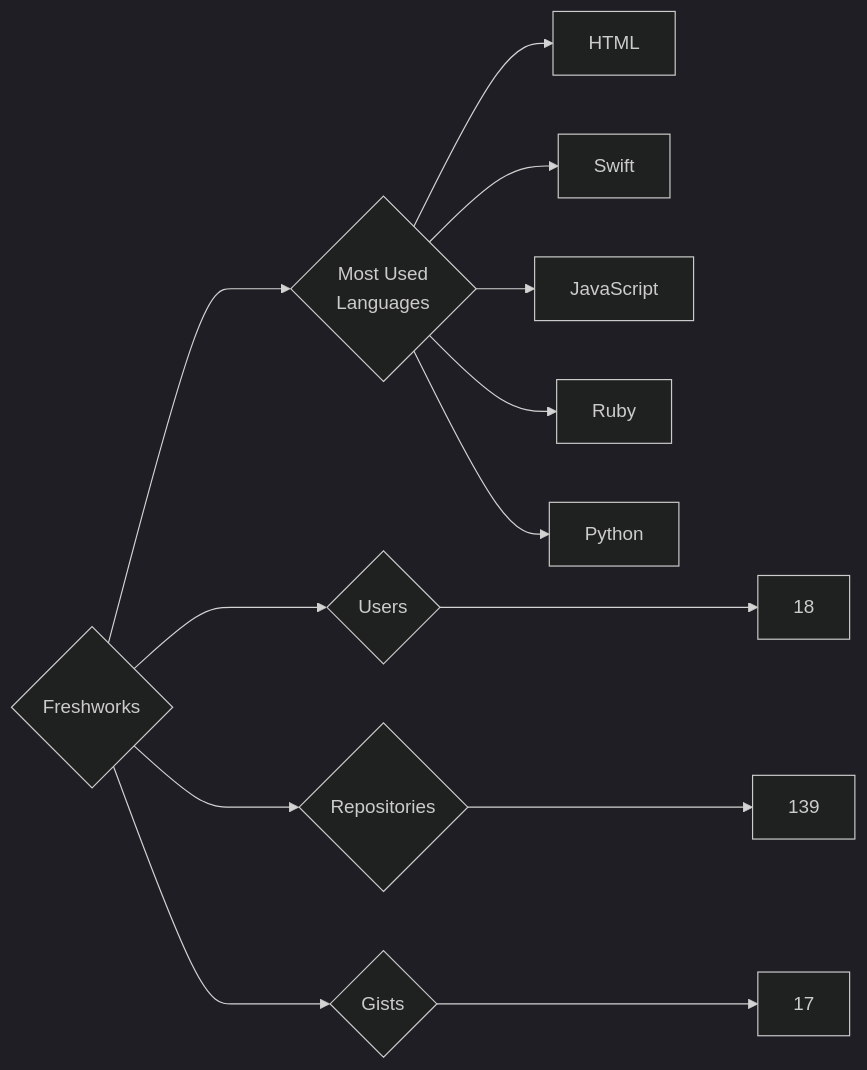
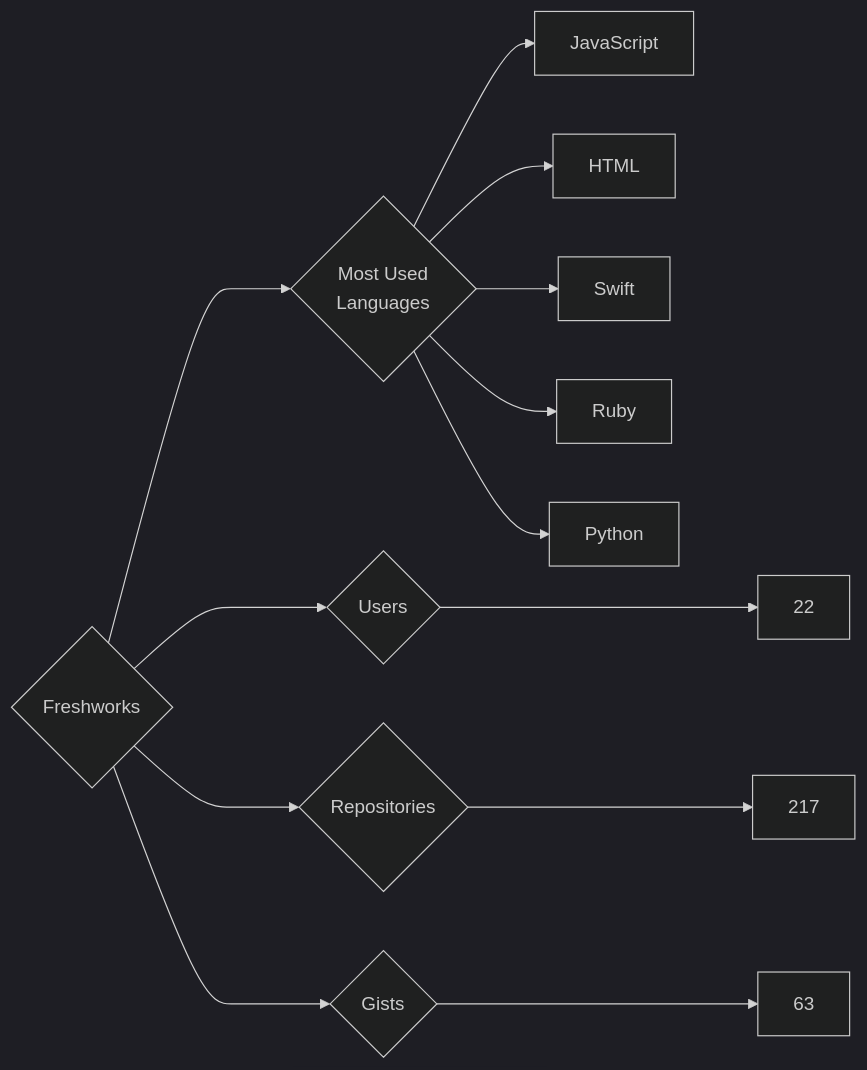
The diagram in targets/Freshworks/README.md (trickest/insiders), drawn with Mermaid (dark theme) before and after one commit. The commit also changed 693 other files, not shown here.

````diff
--- a/targets/Freshworks/README.md
+++ b/targets/Freshworks/README.md
@@ -3,13 +3,13 @@
 ```mermaid
 graph LR
 COMPANY_NAME{Freshworks}
-COMPANY_NAME ---> U{Users} ---> UN[18]
-COMPANY_NAME ---> R{Repositories} ---> RN[139]
-COMPANY_NAME ---> G{Gists} ---> GN[17]
+COMPANY_NAME ---> U{Users} ---> UN[22]
+COMPANY_NAME ---> R{Repositories} ---> RN[217]
+COMPANY_NAME ---> G{Gists} ---> GN[63]
 COMPANY_NAME ---> ML{Most Used<br>Languages}
+ML --> JavaScript[JavaScript]
 ML --> HTML[HTML]
 ML --> Swift[Swift]
-ML --> JavaScript[JavaScript]
 ML --> Ruby[Ruby]
 ML --> Python[Python]
 ```
````
